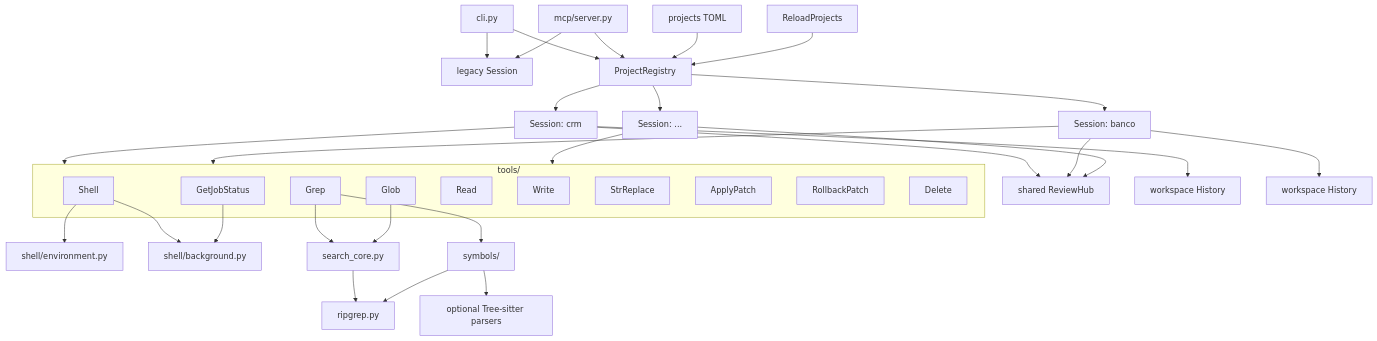
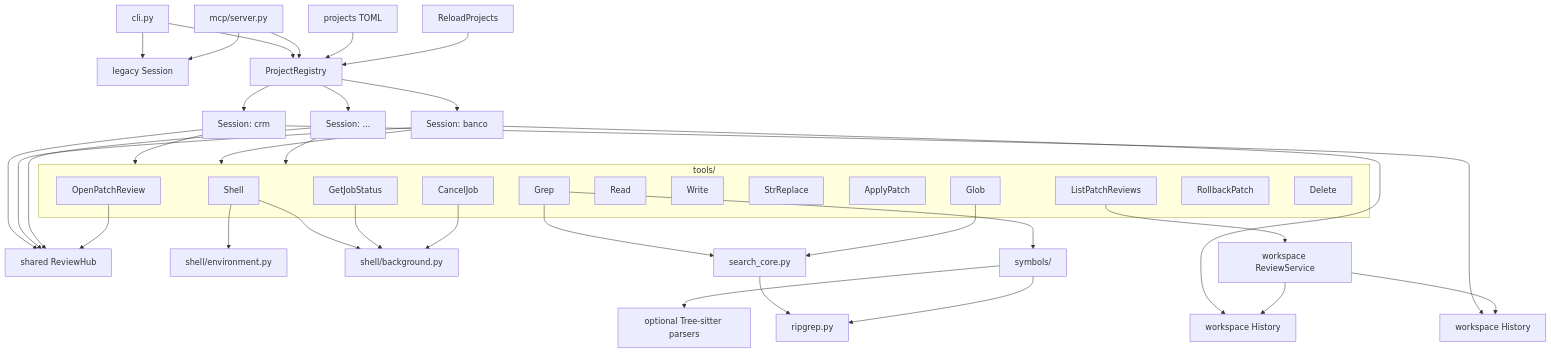
The first of 2 diagrams in docs/architecture.md (nandoripardo888/code-base), drawn with Mermaid before and after one commit. The commit also changed other lines of this file and 17 other files, not shown here.

````diff
--- a/docs/architecture.md
+++ b/docs/architecture.md
@@ -8,41 +8,49 @@
 ```mermaid
 flowchart TB
     CLI[cli.py] --> Legacy[legacy Session]
     CLI --> Registry[ProjectRegistry]
     MCP[mcp/server.py] --> Legacy
     MCP --> Registry
     Config[projects TOML] --> Registry
     Reload[ReloadProjects] --> Registry
     Registry --> CRM[Session: crm]
     Registry --> DB[Session: banco]
     Registry --> Other[Session: ...]
     CRM --> Tools
     DB --> Tools
     Other --> Tools
     CRM --> Hub[shared ReviewHub]
     DB --> Hub
     Other --> Hub
     CRM --> HistoryA[workspace History]
     DB --> HistoryB[workspace History]
     subgraph Tools [tools/]
         Shell
         GetJobStatus
+        CancelJob
         Grep
         Glob
         Read
         Write
         StrReplace
         ApplyPatch
+        ListPatchReviews
+        OpenPatchReview
         RollbackPatch
         Delete
     end
     Shell --> Env[shell/environment.py]
     Shell --> Jobs[shell/background.py]
     GetJobStatus --> Jobs
+    CancelJob --> Jobs
     Grep --> Core[search_core.py]
     Glob --> Core
     Core --> RG[ripgrep.py]
     Grep --> Symbols[symbols/]
     Symbols --> RG
     Symbols --> Parsers[optional Tree-sitter parsers]
+    ListPatchReviews --> ReviewService[workspace ReviewService]
+    OpenPatchReview --> Hub
+    ReviewService --> HistoryA
+    ReviewService --> HistoryB
 ```
````
